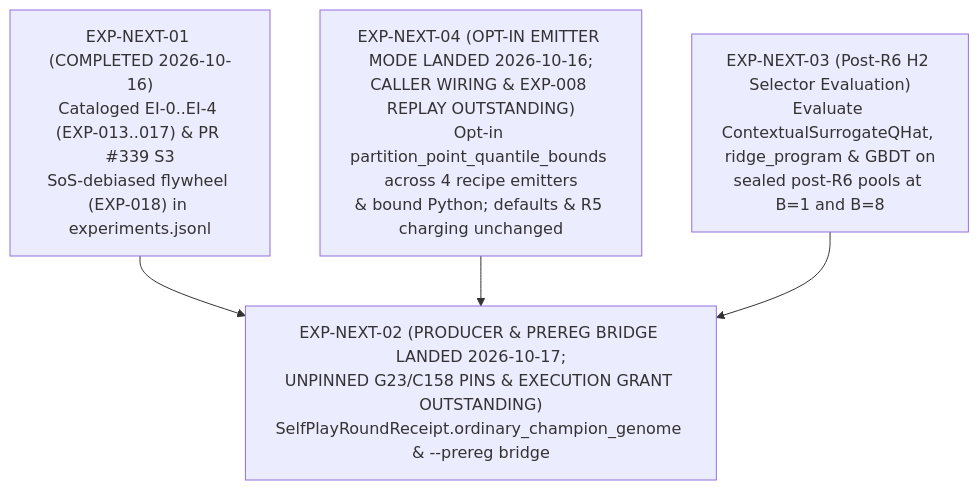
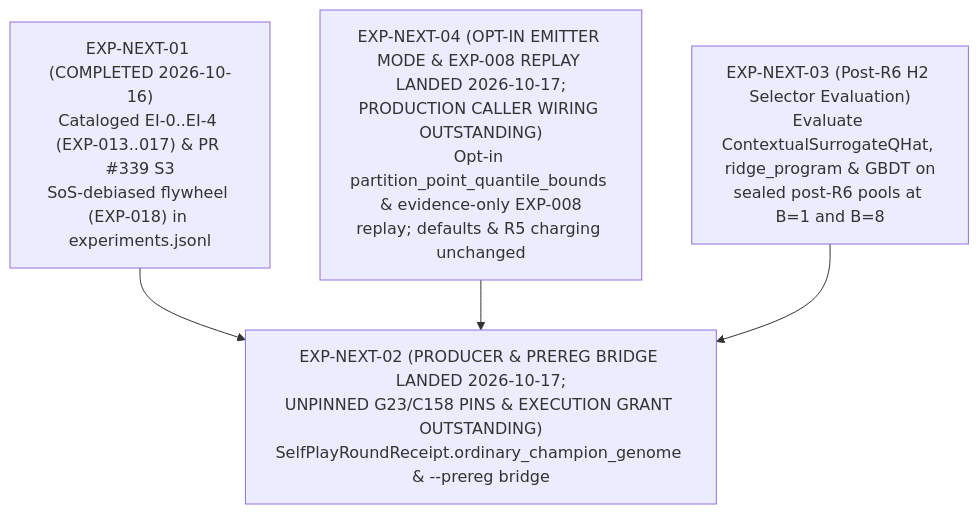
Before and after one commit to neverhuman/JopeDime: the diagram in docs/experiments/SYNTHESIS_AND_NEXT_EXPERIMENTS.md, drawn with Mermaid. The commit also changed other lines of this file and 9 other files, not shown here.

Commit message:
test(feat-math): add EXP-008 champion parity replay and sync evidence docs

````diff
--- a/docs/experiments/SYNTHESIS_AND_NEXT_EXPERIMENTS.md
+++ b/docs/experiments/SYNTHESIS_AND_NEXT_EXPERIMENTS.md
@@ -57,6 +57,6 @@
 ```mermaid
 flowchart TD
     A["EXP-NEXT-01 (COMPLETED 2026-10-16)<br/>Cataloged EI-0..EI-4 (EXP-013..017) & PR #339 S3<br/>SoS-debiased flywheel (EXP-018) in experiments.jsonl"] --> B["EXP-NEXT-02 (PRODUCER & PREREG BRIDGE LANDED 2026-10-17;<br/>UNPINNED G23/C158 PINS & EXECUTION GRANT OUTSTANDING)<br/>SelfPlayRoundReceipt.ordinary_champion_genome & --prereg bridge"]
-    C["EXP-NEXT-04 (OPT-IN EMITTER MODE LANDED 2026-10-16;<br/>CALLER WIRING & EXP-008 REPLAY OUTSTANDING)<br/>Opt-in partition_point_quantile_bounds across 4 recipe emitters<br/>& bound Python; defaults & R5 charging unchanged"] --> B
+    C["EXP-NEXT-04 (OPT-IN EMITTER MODE & EXP-008 REPLAY LANDED 2026-10-17;<br/>PRODUCTION CALLER WIRING OUTSTANDING)<br/>Opt-in partition_point_quantile_bounds & evidence-only EXP-008<br/>replay; defaults & R5 charging unchanged"] --> B
     D["EXP-NEXT-03 (Post-R6 H2 Selector Evaluation)<br/>Evaluate ContextualSurrogateQHat, ridge_program & GBDT on<br/>sealed post-R6 pools at B=1 and B=8"] --> B
 ```
````
